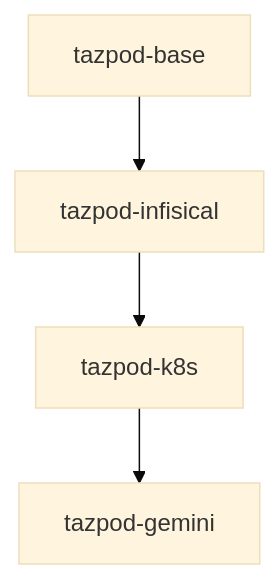
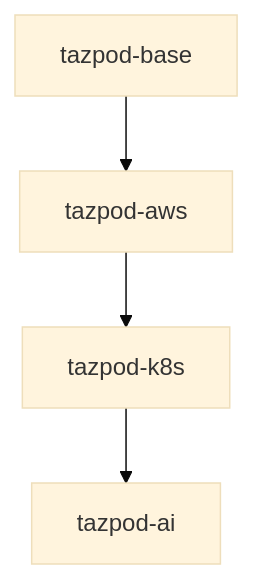
One commit to tazzo/tazpod changed the diagram in docs/06-LAYERS-IMAGES.md. Above: the diagram before and after it, drawn with Mermaid (base theme). The commit also changed other lines of this file and 15 other files, not shown here.

````diff
--- a/docs/06-LAYERS-IMAGES.md
+++ b/docs/06-LAYERS-IMAGES.md
@@ -9,6 +9,6 @@
 ```mermaid
 graph TD
-    A[tazpod-base] --> B[tazpod-infisical]
+    A[tazpod-base] --> B[tazpod-aws]
     B --> C[tazpod-k8s]
-    C --> D[tazpod-gemini]
+    C --> D[tazpod-ai]
 ```
````
